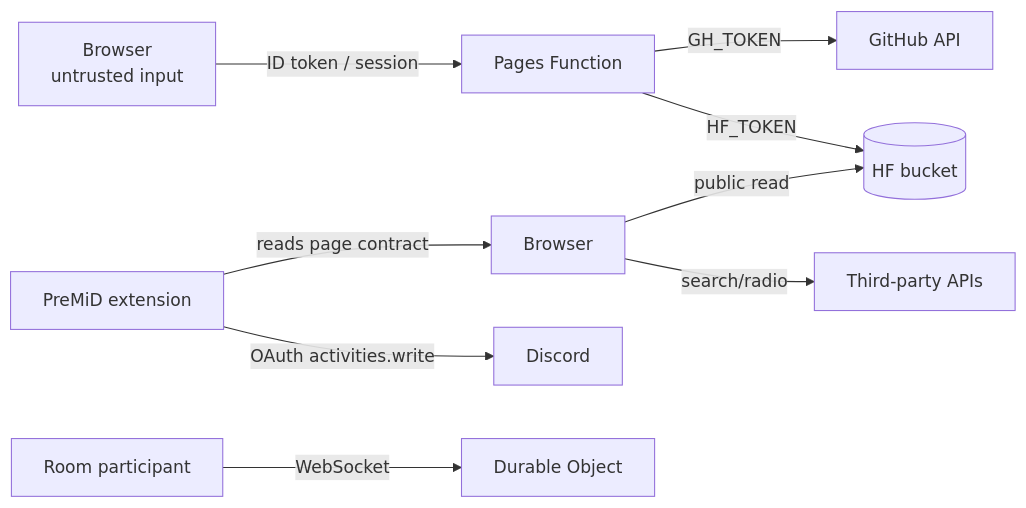
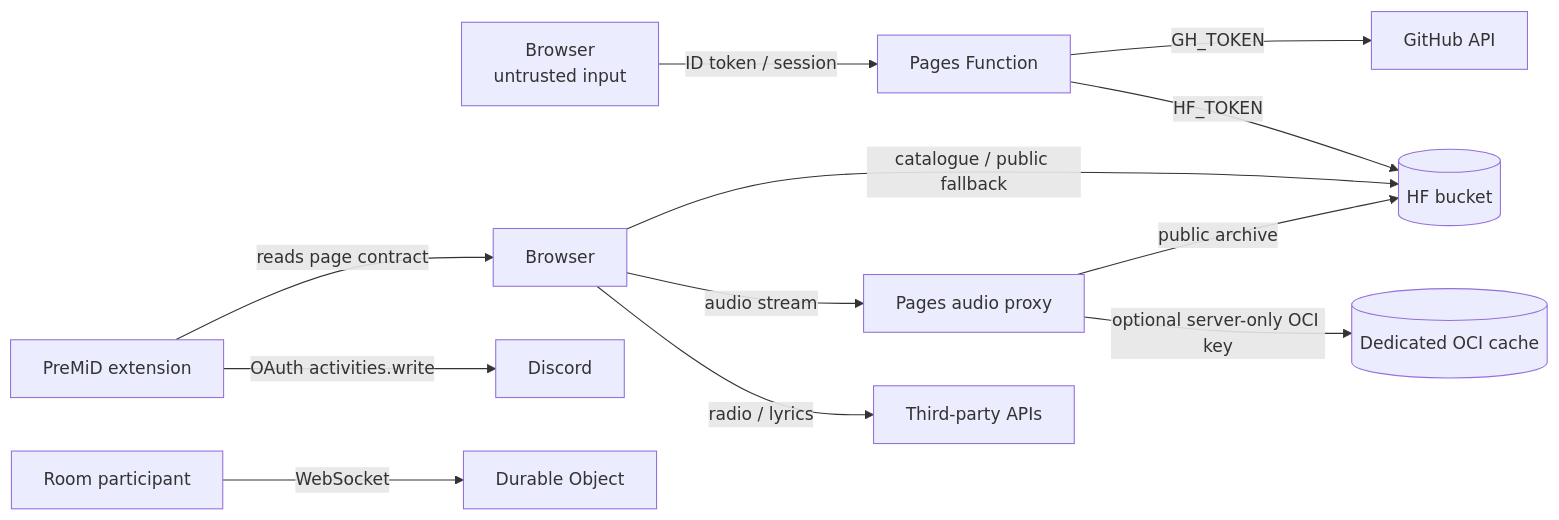
Before and after one commit to abhinavthewc-quick/aura-music: the diagram in docs/security.md, drawn with Mermaid. The commit also changed other lines of this file and 106 other files, not shown here.

````diff
--- a/docs/security.md
+++ b/docs/security.md
@@ -10,11 +10,14 @@
 ```mermaid
 flowchart LR
   U[Browser\nuntrusted input] -->|ID token / session| F[Pages Function]
   F -->|GH_TOKEN| GH[GitHub API]
   F -->|HF_TOKEN| HF[(HF bucket)]
-  B[Browser] -->|public read| HF
-  B -->|search/radio| P[Third-party APIs]
+  B[Browser] -->|catalogue / public fallback| HF
+  B -->|audio stream| A[Pages audio proxy]
+  A -->|public archive| HF
+  A -->|optional server-only OCI key| OCI[(Dedicated OCI cache)]
+  B -->|radio / lyrics| P[Third-party APIs]
   PMD[PreMiD extension] -->|reads page contract| B
   PMD -->|OAuth activities.write| D[Discord]
   R[Room participant] -->|WebSocket| DO[Durable Object]
 ```
````
